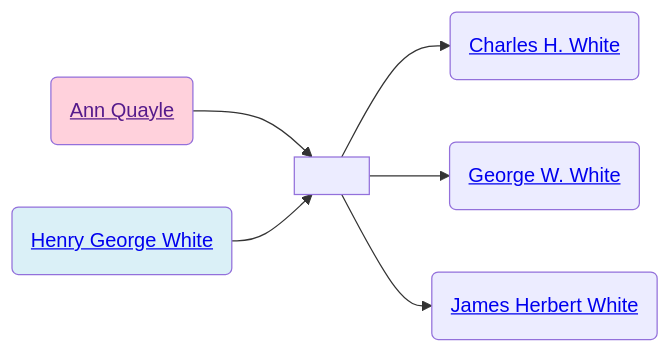
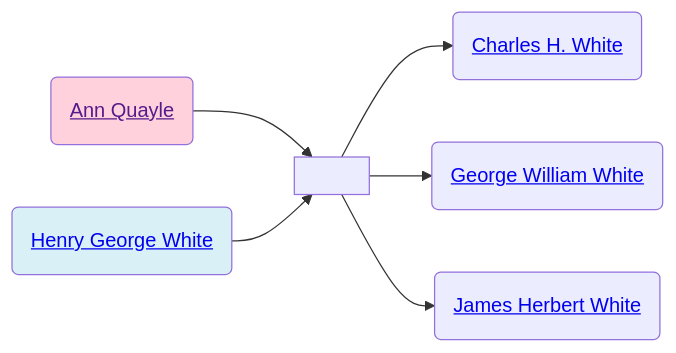
Before and after one commit to neelsmith/avocational: the diagram in familyhistory/sources/people/Merrill-line/White-line/Ann_Quayle.qmd, drawn with Mermaid. The commit also changed other lines of this file and 12 other files, not shown here.

````diff
--- a/familyhistory/sources/people/Merrill-line/White-line/Ann_Quayle.qmd
+++ b/familyhistory/sources/people/Merrill-line/White-line/Ann_Quayle.qmd
@@ -30,20 +30,20 @@
 ```{mermaid}
 graph LR
 %% LR descendant diagram
 class Ann_Quayle_and_Henry_George_White marriage
 Ann_Quayle(<a href=''>Ann Quayle</>) --> Ann_Quayle_and_Henry_George_White[ ]
 Henry_George_White(<a href='./Henry_George_White.html'>Henry George White</>) --> Ann_Quayle_and_Henry_George_White(( ))
 class Henry_George_White father
 class Ann_Quayle mother
 Ann_Quayle_and_Henry_George_White[ ] --> Charles_H._White(<a href='./Charles_H._White.html'>Charles H. White</>)
 class Henry_George_White father
 class Ann_Quayle mother
-Ann_Quayle_and_Henry_George_White[ ] --> George_W._White(<a href='./George_W._White.html'>George W. White</>)
+Ann_Quayle_and_Henry_George_White[ ] --> George_William_White(<a href='./George_William_White.html'>George William White</>)
 class Henry_George_White father
 class Ann_Quayle mother
 Ann_Quayle_and_Henry_George_White[ ] --> James_Herbert_White(<a href='./James_Herbert_White.html'>James Herbert White</>)
 classDef mother fill:#ffd1dc
 classDef father fill:#daf0f7  
 classDef marriage fill:#ffffff
 
 ```
````
